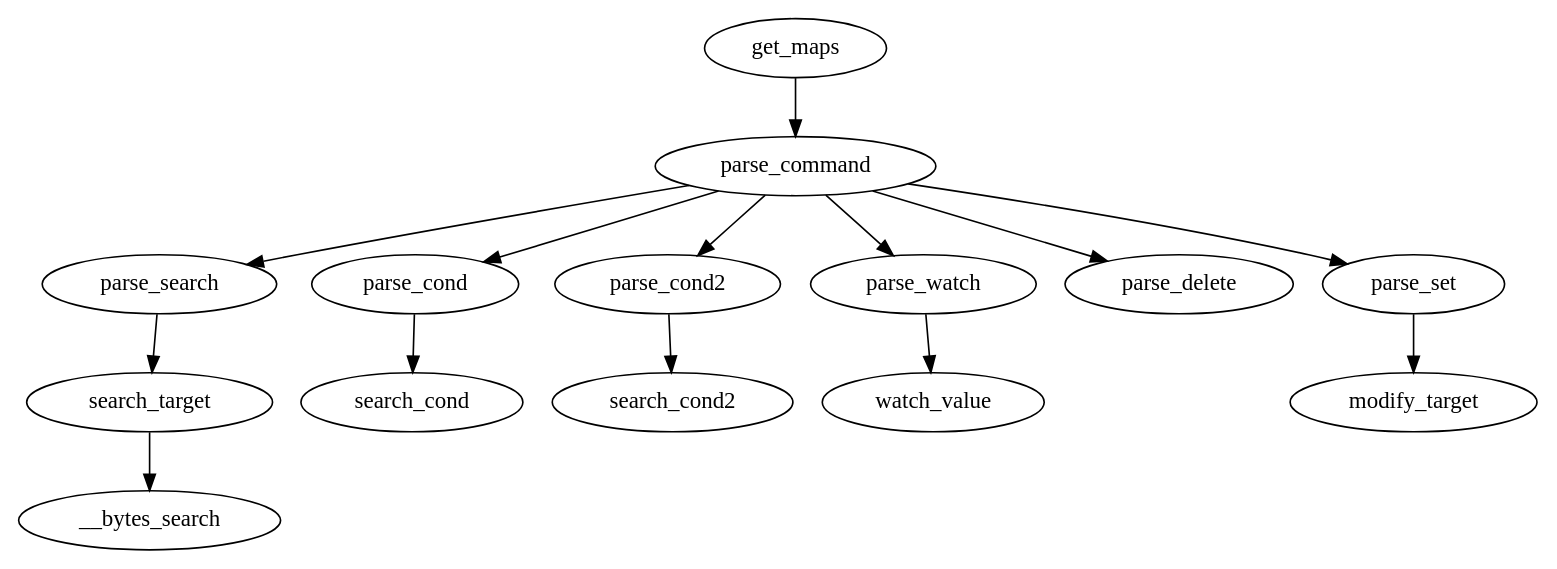
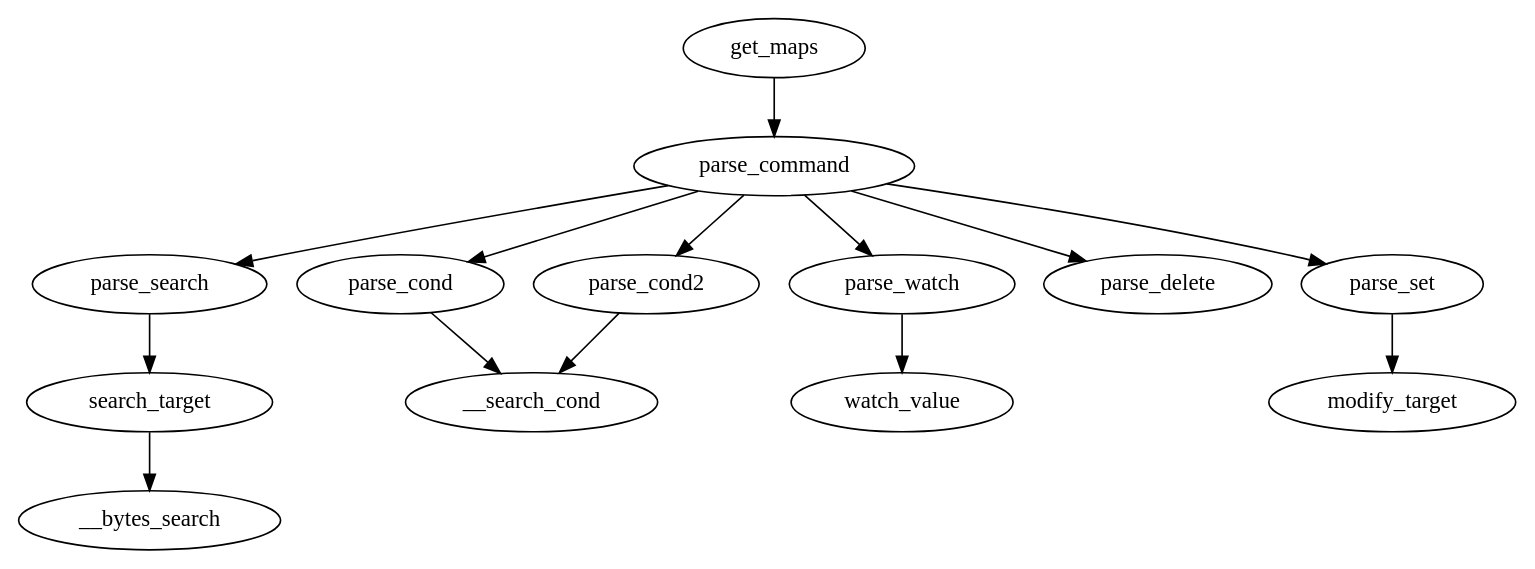
One commit to link-jay/mem_scan changed the diagram in arch.dot. Above: the diagram before and after it, drawn with Graphviz. The commit also changed 3 other files, not shown here.

```diff
--- a/arch.dot
+++ b/arch.dot
@@ -1,9 +1,9 @@
-digraph G{
+digraph G {
 	get_maps -> parse_command
     	parse_command -> parse_search -> search_target -> __bytes_search;
-	parse_command -> parse_cond -> search_cond;
-      	parse_command -> parse_cond2 -> search_cond2;
+	parse_command -> parse_cond -> __search_cond;
+      	parse_command -> parse_cond2 -> __search_cond;
       	parse_command -> parse_watch -> watch_value;
         parse_command -> parse_delete;
         parse_command -> parse_set -> modify_target;
 }
```
